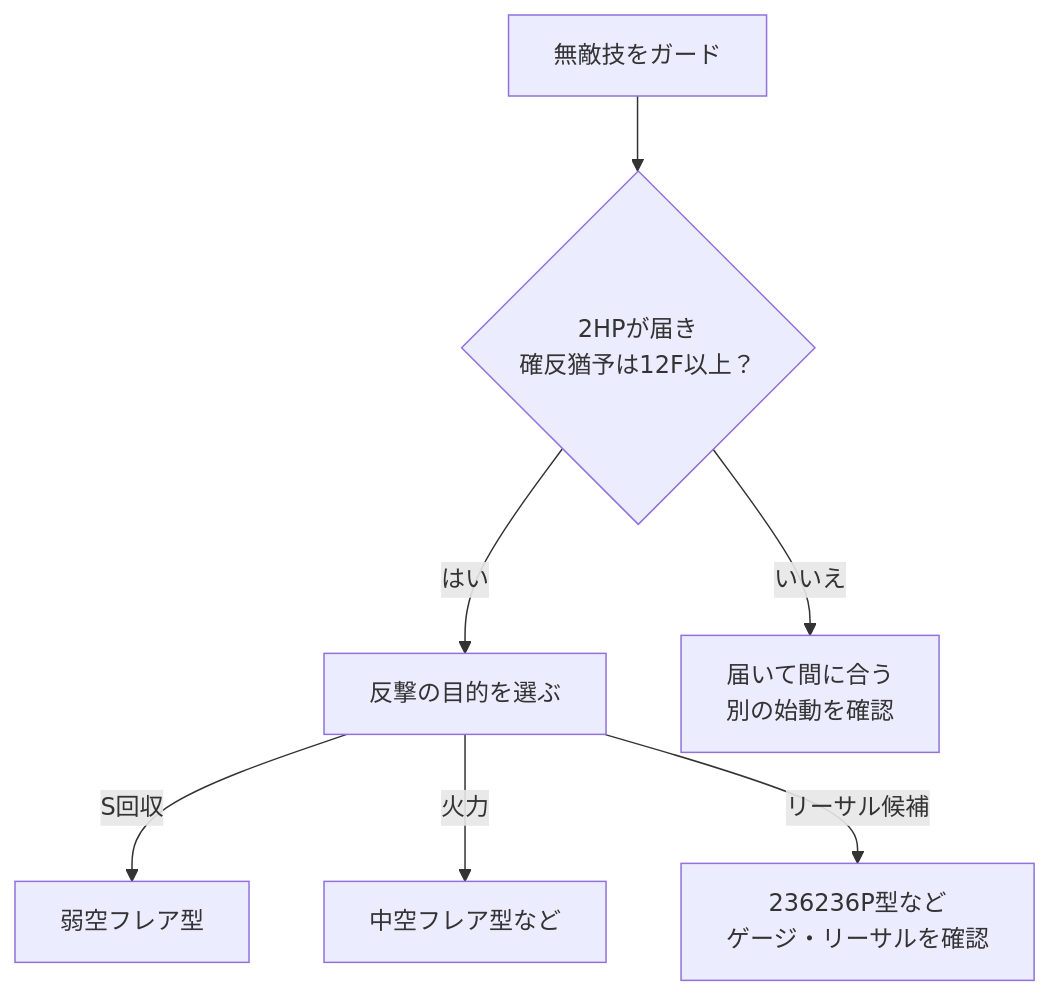
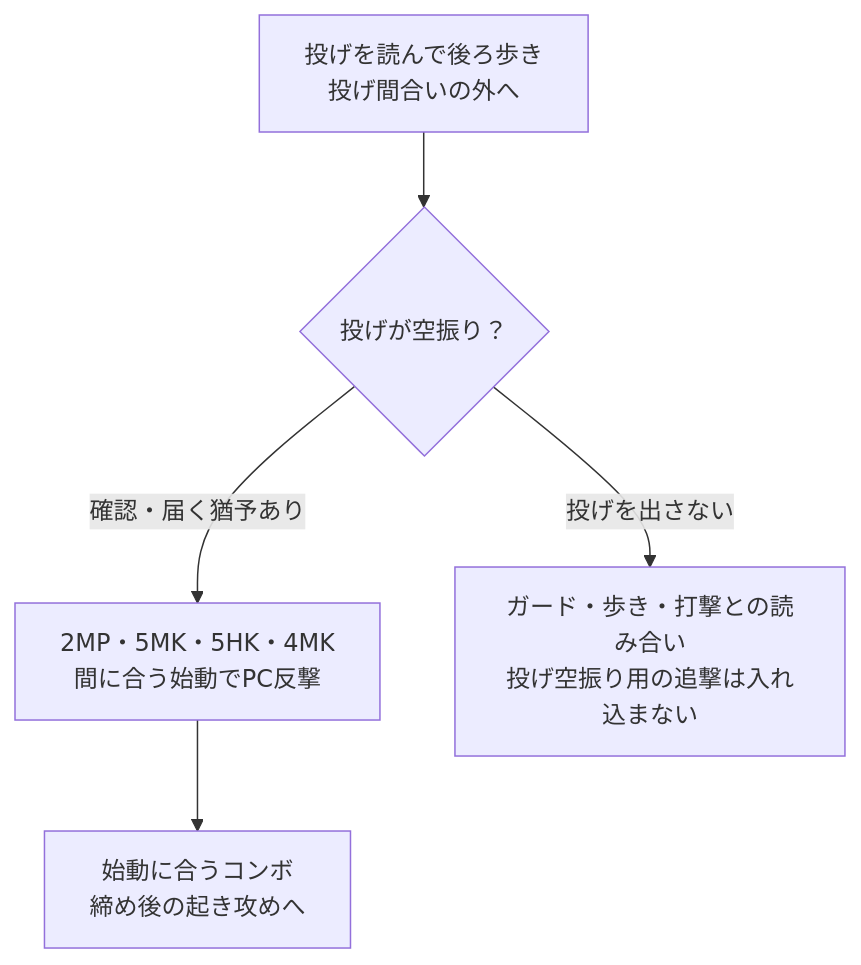
One commit to kjun1/sf6 changed the first of 2 diagrams in docs/ingrid/punish.md. Above: the diagram before and after it, drawn with Mermaid. The commit also changed other lines of this file and 2 other files, not shown here.

Commit message:
docs(ingrid): expand punish routes and shimmy guidance

````diff
--- a/docs/ingrid/punish.md
+++ b/docs/ingrid/punish.md
@@ -35,9 +48,7 @@
 ```mermaid
 flowchart TD
-    blocked["無敵技をガード"] --> check{"2HPが届き<br/>確反猶予は12F以上？"}
-    check -->|はい| purpose["反撃の目的を選ぶ"]
-    check -->|いいえ| other["届いて間に合う<br/>別の始動を確認"]
-    purpose -->|S回収| stock["弱空フレア型"]
-    purpose -->|火力| damage["中空フレア型など"]
-    purpose -->|リーサル候補| lethal["236236P型など<br/>ゲージ・リーサルを確認"]
+    walk["投げを読んで後ろ歩き<br/>投げ間合いの外へ"] --> result{"投げが空振り？"}
+    result -->|確認・届く猶予あり| punish["2MP・5MK・5HK・4MK<br/>間に合う始動でPC反撃"]
+    punish --> combo["始動に合うコンボ<br/>締め後の起き攻めへ"]
+    result -->|投げを出さない| read["ガード・歩き・打撃との読み合い<br/>投げ空振り用の追撃は入れ込まない"]
 ```
````
